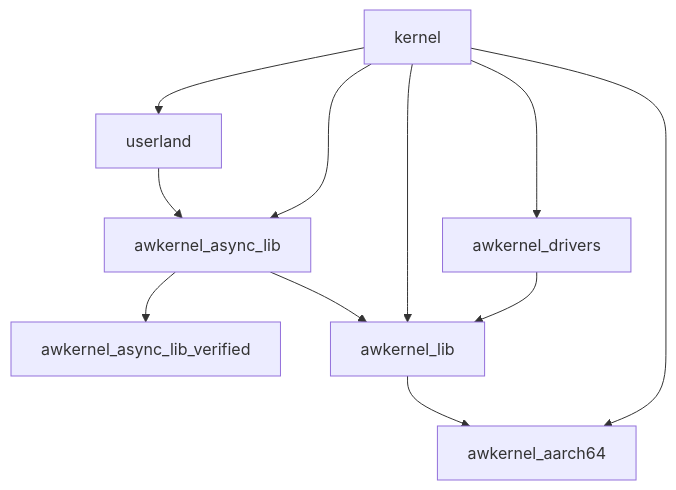
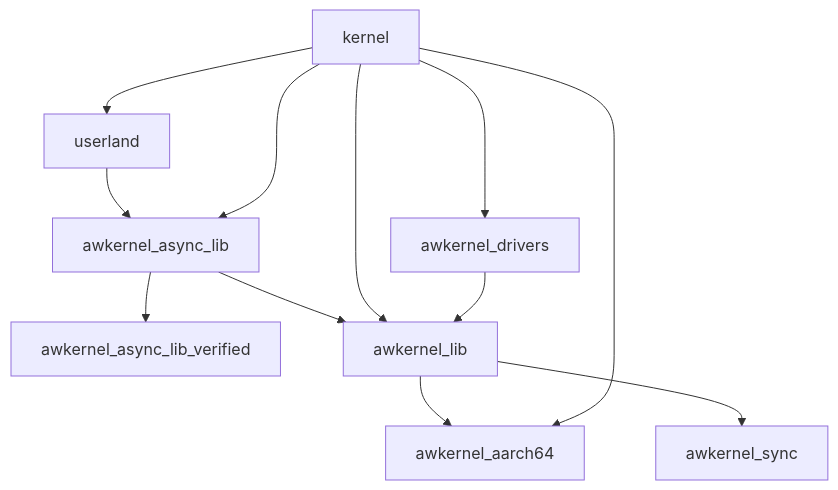
One commit to tier4/awkernel changed the diagram in README.md. Above: the diagram before and after it, drawn with Mermaid. The commit also changed 30 other files, not shown here.

Commit message:
refactor: create awkernel_sync for synchronization

````diff
--- a/README.md
+++ b/README.md
@@ -128,13 +128,14 @@
 ```mermaid
 graph TD;
     awkernel_async_lib-->awkernel_async_lib_verified;
     awkernel_lib-->awkernel_aarch64;
     awkernel_async_lib-->awkernel_lib;
+    awkernel_lib-->awkernel_sync;
     userland-->awkernel_async_lib;
     kernel-->awkernel_lib;
     kernel-->awkernel_async_lib;
     kernel-->awkernel_aarch64;
     kernel-->awkernel_drivers;
     awkernel_drivers-->awkernel_lib;
     kernel-->userland;
 ```
````
